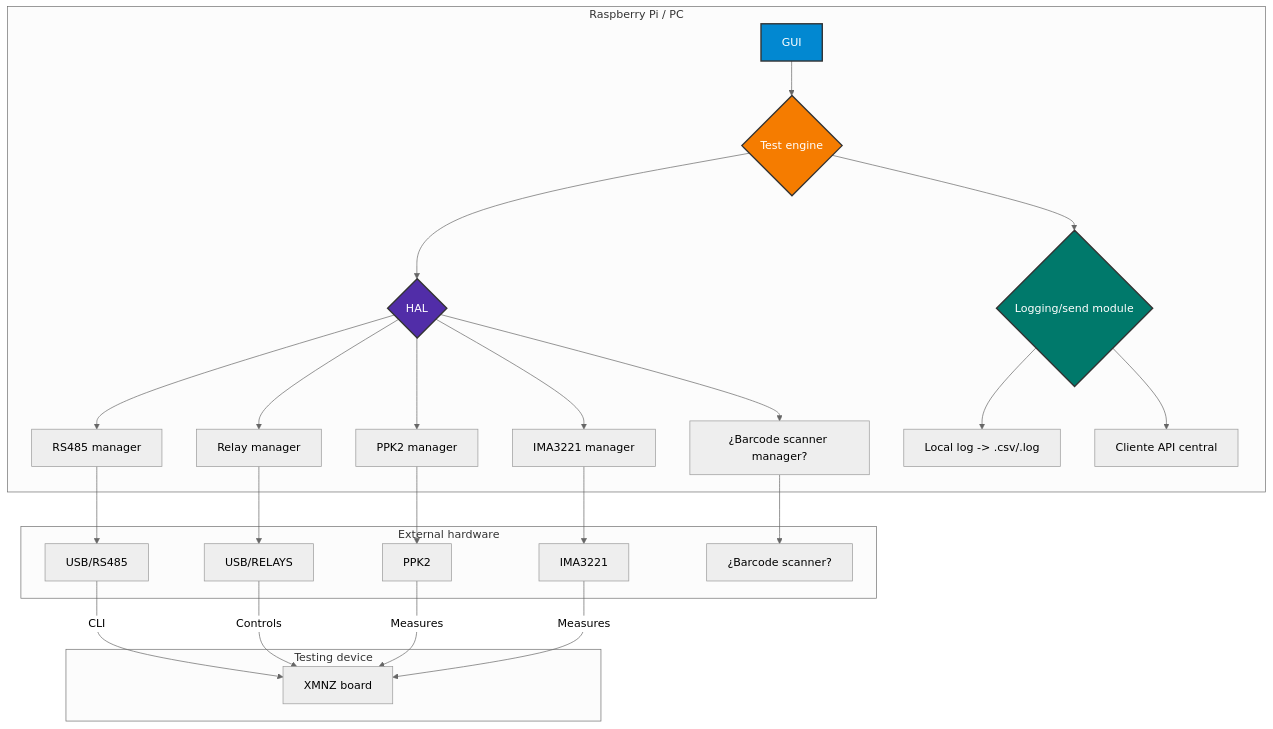
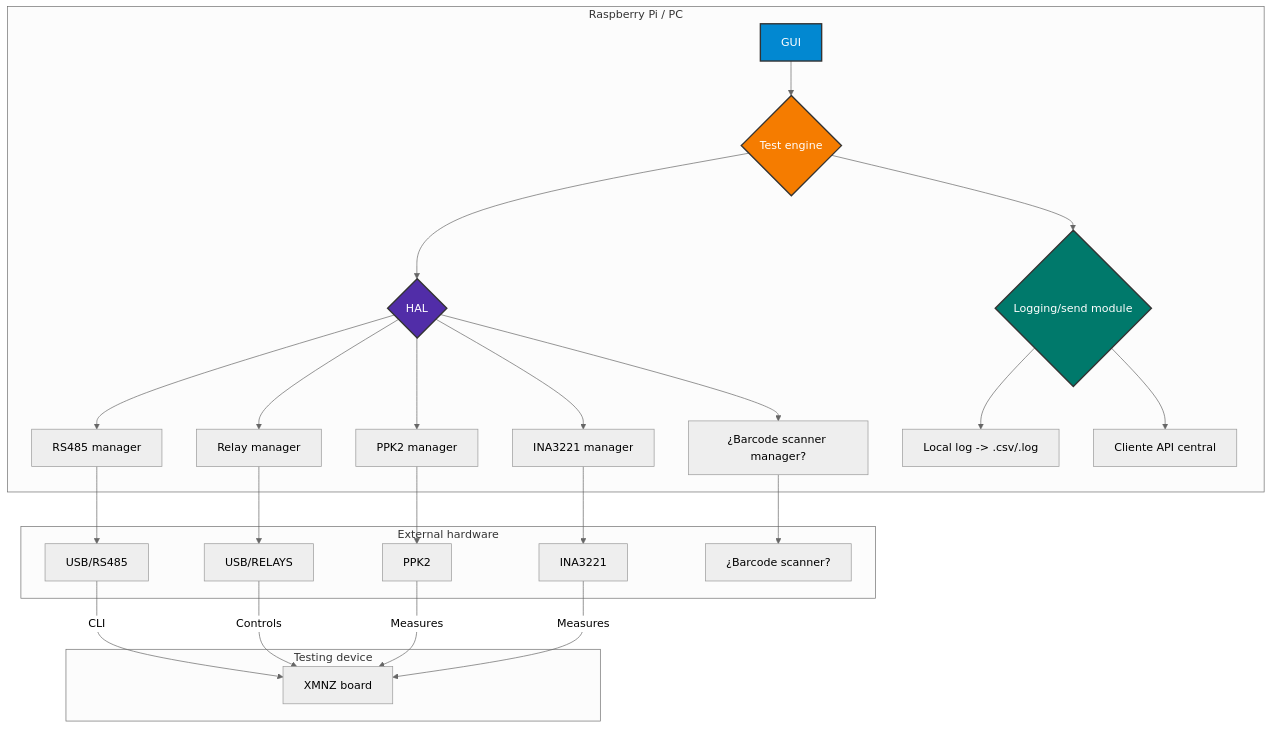
The second of 2 diagrams in README.md (alejandro-barrera-lopez/iot-tester), drawn with Mermaid (neutral theme) before and after one commit. The commit also changed 1 other file, not shown here.

Commit message:
Fixed TestEngine

````diff
--- a/README.md
+++ b/README.md
@@ -33,35 +33,35 @@
 ```mermaid
 graph TD
     subgraph "Raspberry Pi / PC"
         A[GUI] --> B{Test engine};
         B --> C{HAL};
         C --> C1[RS485 manager];
         C --> C2[Relay manager];
         C --> C3[PPK2 manager];
-        C --> C4[IMA3221 manager];
+        C --> C4[INA3221 manager];
         C --> C5[¿Barcode scanner manager?];
         B --> D{Logging/send module};
         D --> D1[Local log -> .csv/.log];
         D --> D2[Cliente API central];
     end
 
     subgraph "External hardware"
         C1 --> E[USB/RS485];
         C2 --> F[USB/RELAYS];
         C3 --> G[PPK2];
-        C4 --> H[IMA3221];
+        C4 --> H[INA3221];
         C5 --> I[¿Barcode scanner?];
     end
 
     subgraph "Testing device"
         E -- CLI --> J[XMNZ board];
         F -- Controls --> J;
         G -- Measures --> J;
         H -- Measures --> J;
     end
 
     style A fill:#0288d1,stroke:#333,stroke-width:2px,color:#fff
     style B fill:#f57c00,stroke:#333,stroke-width:2px,color:#fff
     style C fill:#512da8,stroke:#333,stroke-width:2px,color:#fff
     style D fill:#00796b,stroke:#333,stroke-width:2px,color:#fff
 ```
````
